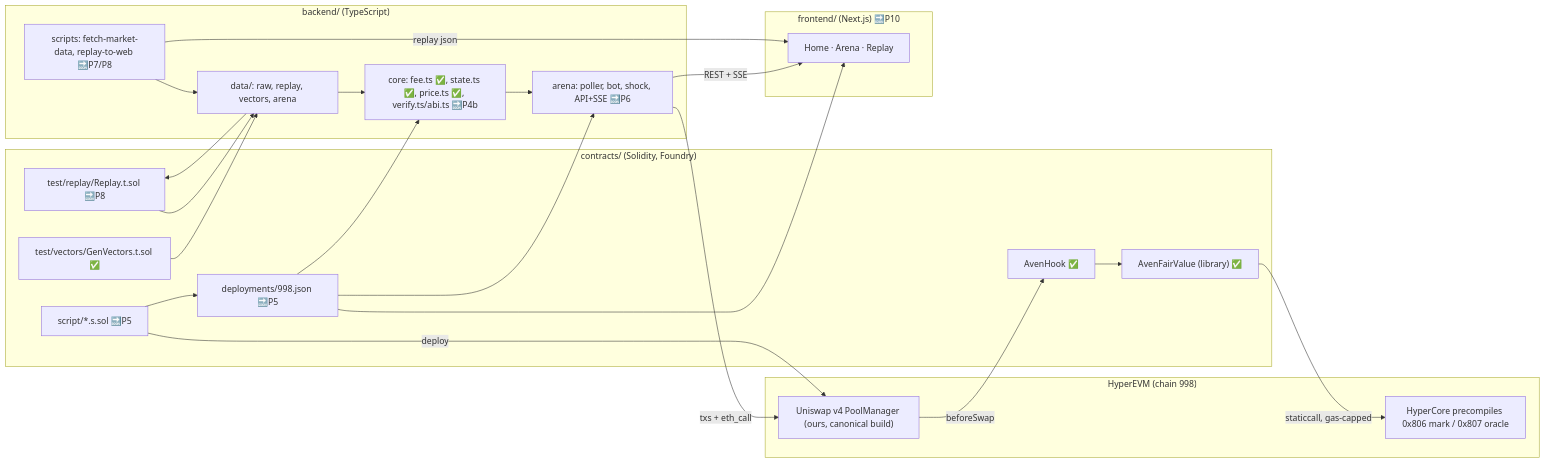
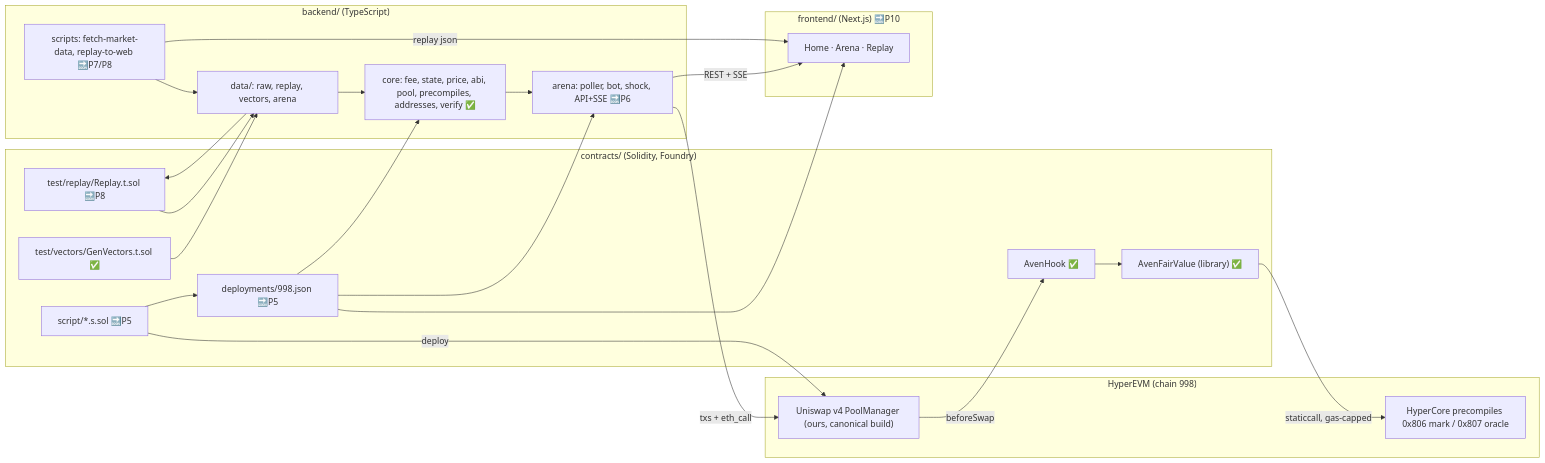
One commit to SATISH-JALAN/Aven changed the diagram in docs/FLOW.md. Above: the diagram before and after it, drawn with Mermaid. The commit also changed other lines of this file and 11 other files, not shown here.

First line of the commit message:
feat(core): generated ABIs, pool/precompile reads, deployments schema and verifier

````diff
--- a/docs/FLOW.md
+++ b/docs/FLOW.md
@@ -13,34 +13,34 @@
 ```mermaid
 flowchart LR
   subgraph contracts["contracts/ (Solidity, Foundry)"]
     FV["AvenFairValue (library) ✅"]
     HK["AvenHook ✅"]
     SC["script/*.s.sol 🔜P5"]
     DEP["deployments/998.json 🔜P5"]
     REP["test/replay/Replay.t.sol 🔜P8"]
     VEC["test/vectors/GenVectors.t.sol ✅"]
   end
   subgraph chain["HyperEVM (chain 998)"]
     PM["Uniswap v4 PoolManager (ours, canonical build)"]
     PC["HyperCore precompiles 0x806 mark / 0x807 oracle"]
   end
   subgraph backend["backend/ (TypeScript)"]
-    CORE["core: fee.ts ✅, state.ts ✅, price.ts ✅, verify.ts/abi.ts 🔜P4b"]
+    CORE["core: fee, state, price, abi, pool, precompiles, addresses, verify ✅"]
     ARENA["arena: poller, bot, shock, API+SSE 🔜P6"]
     SCR["scripts: fetch-market-data, replay-to-web 🔜P7/P8"]
     DATA["data/: raw, replay, vectors, arena"]
   end
   subgraph frontend["frontend/ (Next.js) 🔜P10"]
     WEB["Home · Arena · Replay"]
   end
   SC -->|deploy| PM
   SC --> DEP
   PM -->|beforeSwap| HK --> FV -->|staticcall, gas-capped| PC
   DEP --> CORE & ARENA & WEB
   ARENA -->|txs + eth_call| PM
   ARENA -->|REST + SSE| WEB
   CORE --> ARENA
   VEC --> DATA --> CORE
   SCR --> DATA --> REP --> DATA
   SCR -->|replay json| WEB
 ```
````
